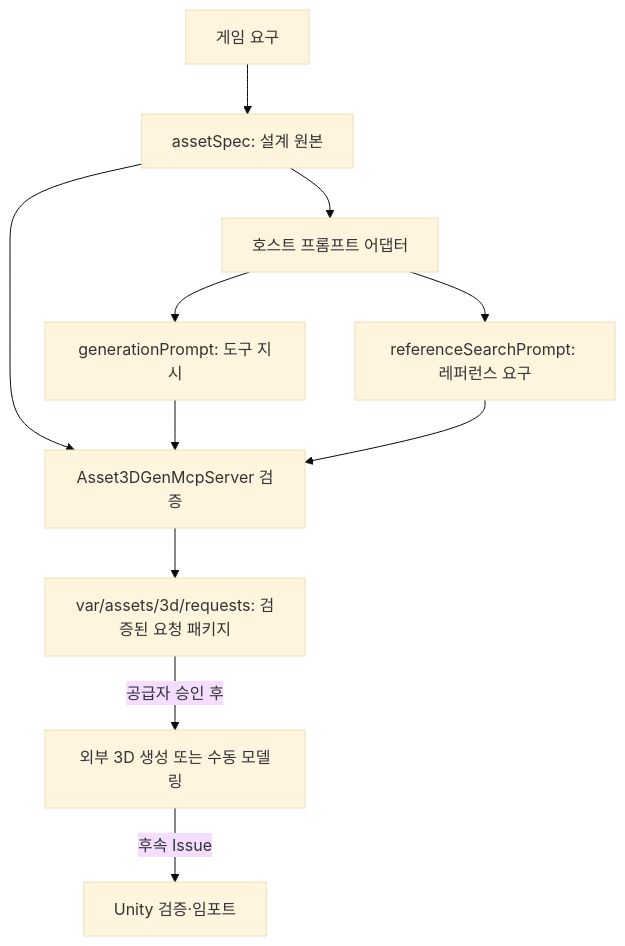
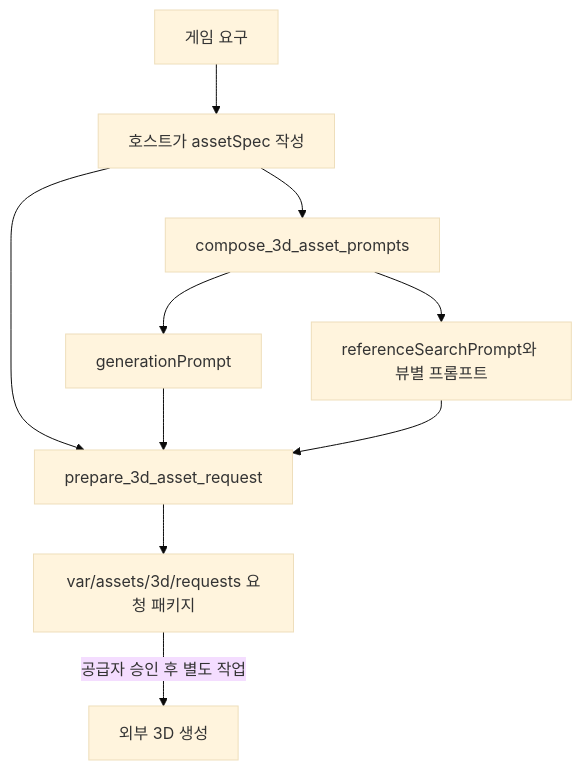
The diagram in docs/3d-asset-prompts.md (JugleGame/Game-Develop-Orchestration), drawn with Mermaid (base theme) before and after one commit. The commit also changed other lines of this file and 3 other files, not shown here.

First line of the commit message:
feat(asset3d): derive prompts from specifications

````diff
--- a/docs/3d-asset-prompts.md
+++ b/docs/3d-asset-prompts.md
@@ -15,13 +9,12 @@
 ```mermaid
 flowchart TD
-    R["게임 요구"] --> S["assetSpec: 설계 원본"]
-    S --> A["호스트 프롬프트 어댑터"]
-    A --> G["generationPrompt: 도구 지시"]
-    A --> Q["referenceSearchPrompt: 레퍼런스 요구"]
-    S --> V["Asset3DGenMcpServer 검증"]
-    G --> V
-    Q --> V
-    V --> P["var/assets/3d/requests: 검증된 요청 패키지"]
-    P -->|"공급자 승인 후"| M["외부 3D 생성 또는 수동 모델링"]
-    M -->|"후속 Issue"| U["Unity 검증·임포트"]
+    R["게임 요구"] --> S["호스트가 assetSpec 작성"]
+    S --> C["compose_3d_asset_prompts"]
+    C --> G["generationPrompt"]
+    C --> Q["referenceSearchPrompt와 뷰별 프롬프트"]
+    S --> P["prepare_3d_asset_request"]
+    G --> P
+    Q --> P
+    P --> H["var/assets/3d/requests 요청 패키지"]
+    H -->|"공급자 승인 후 별도 작업"| E["외부 3D 생성"]
 ```
````
